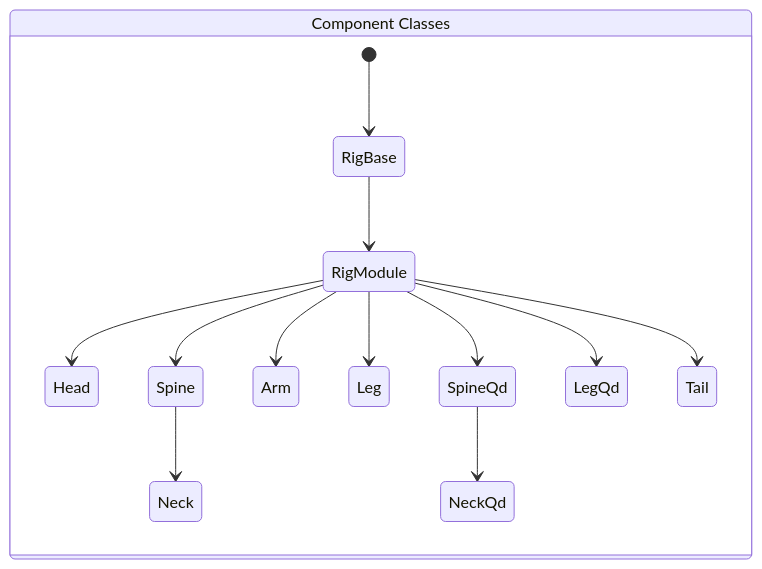
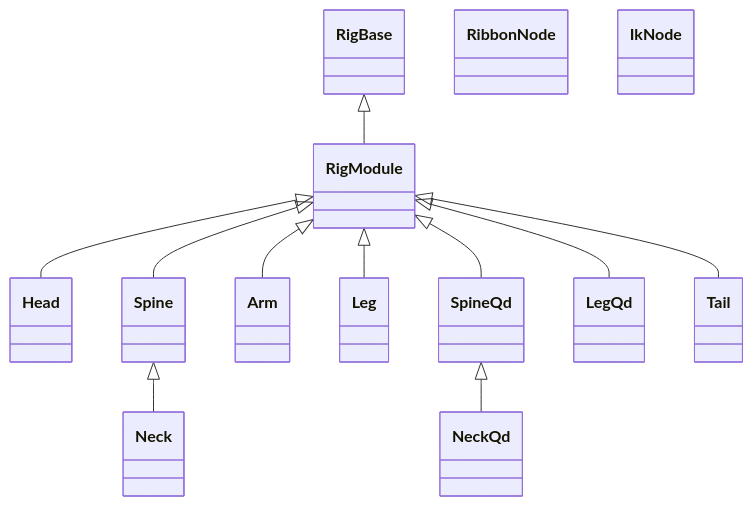
Before and after one commit to nickyliux/nl_rigging_tools: the second of 2 diagrams in README.md, drawn with Mermaid. The commit also changed other lines of this file, not shown here.

Commit message:
use class diagram

````diff
--- a/README.md
+++ b/README.md
@@ -40,18 +38,15 @@
 ```mermaid
-stateDiagram
-    rcc: Component Classes
-    state rcc {
-        [*] --> RigBase
-        RigBase --> RigModule
-        RigModule --> Head
-        RigModule --> Spine
-        Spine --> Neck
-        RigModule --> Arm
-        RigModule --> Leg
-        RigModule --> SpineQd
-        SpineQd --> NeckQd
-        RigModule --> LegQd
-        RigModule --> Tail
-    }
-
+classDiagram
+    RigBase <|-- RigModule
+    class RibbonNode
+    class IkNode
+    RigModule <|-- Head
+    RigModule <|-- Spine
+    Spine <|-- Neck
+    RigModule <|-- Arm
+    RigModule <|-- Leg
+    RigModule <|-- SpineQd
+    SpineQd <|-- NeckQd
+    RigModule <|-- LegQd
+    RigModule <|-- Tail
 ```
````
